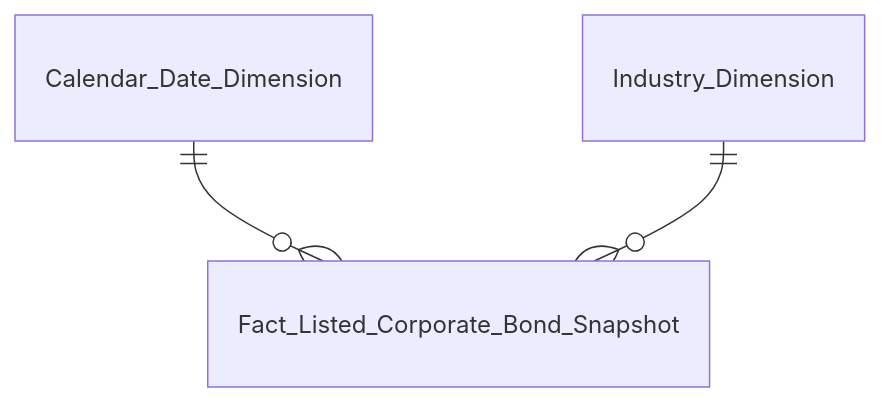
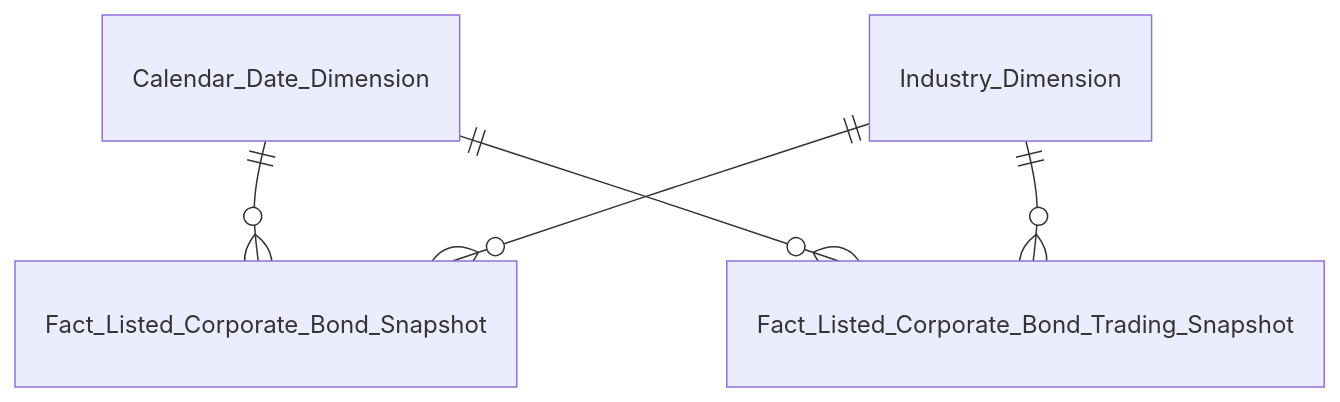
One commit to linhlvit/ubck_atomic_design changed the seventh of 50 diagrams in Datamart/hld/DTM_VP_Entities.md. Above: the diagram before and after it, drawn with Mermaid. The commit also changed other lines of this file and 12 other files, not shown here.

````diff
--- a/Datamart/hld/DTM_VP_Entities.md
+++ b/Datamart/hld/DTM_VP_Entities.md
@@ -121,5 +121,7 @@
 ```mermaid
 erDiagram
     Calendar_Date_Dimension ||--o{ Fact_Listed_Corporate_Bond_Snapshot : " "
+    Calendar_Date_Dimension ||--o{ Fact_Listed_Corporate_Bond_Trading_Snapshot : " "
     Industry_Dimension ||--o{ Fact_Listed_Corporate_Bond_Snapshot : " "
+    Industry_Dimension ||--o{ Fact_Listed_Corporate_Bond_Trading_Snapshot : " "
 ```
````
